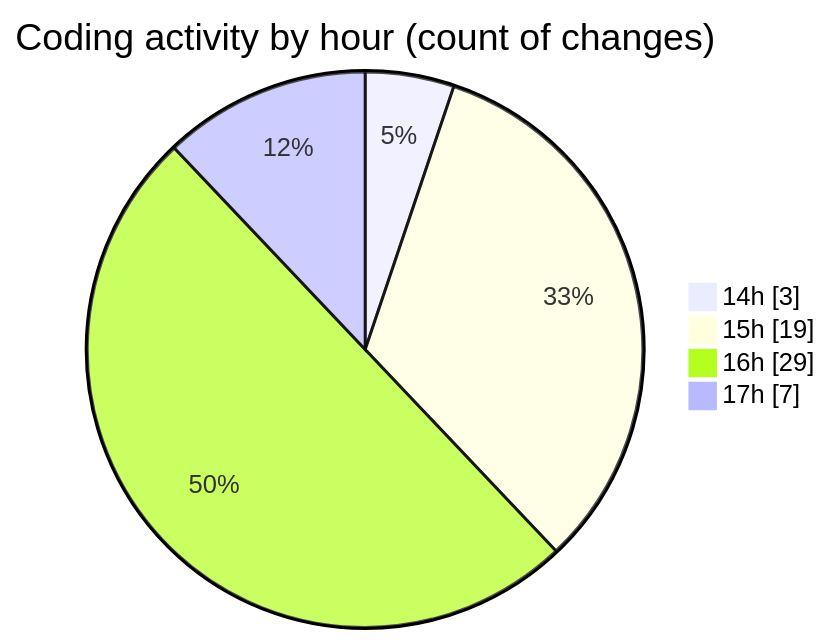
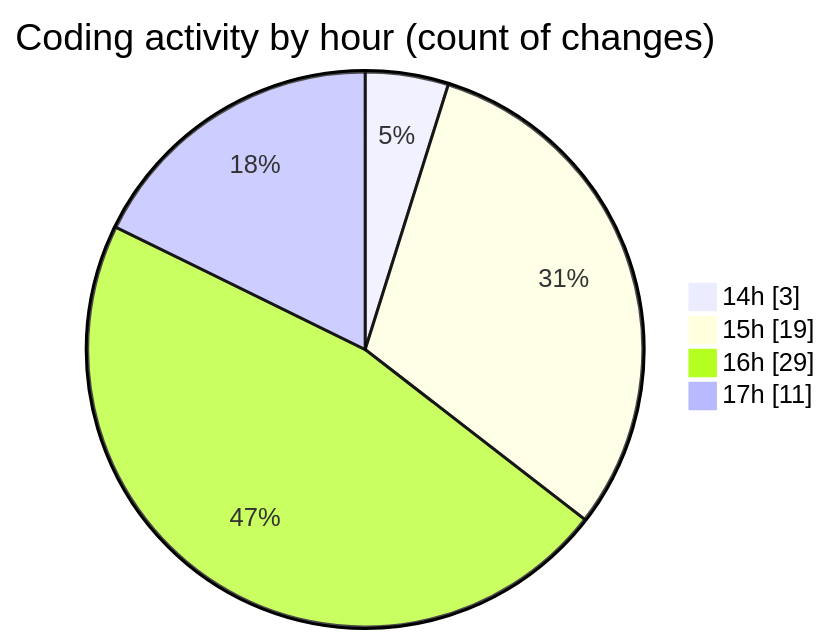
The second of 2 diagrams in 2025-10-02/untitled__workspace_/README.md (debugP/code-tracking), drawn with Mermaid before and after one commit. The commit also changed other lines of this file and 1 other file, not shown here.

````diff
--- a/2025-10-02/untitled__workspace_/README.md
+++ b/2025-10-02/untitled__workspace_/README.md
@@ -29,8 +29,8 @@
 ```mermaid
 pie showData
 title Coding activity by hour (count of changes)
 "14h" : 3
 "15h" : 19
 "16h" : 29
-"17h" : 7
+"17h" : 11
 ```
````
